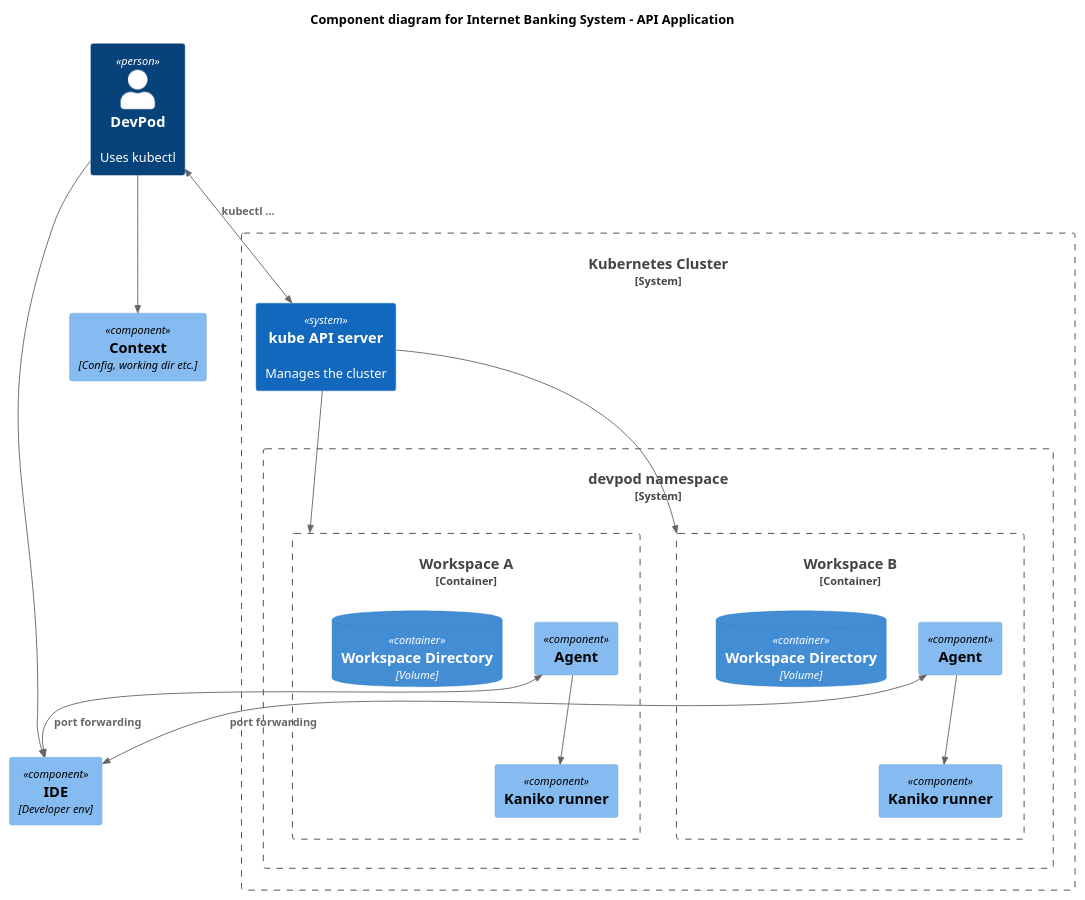
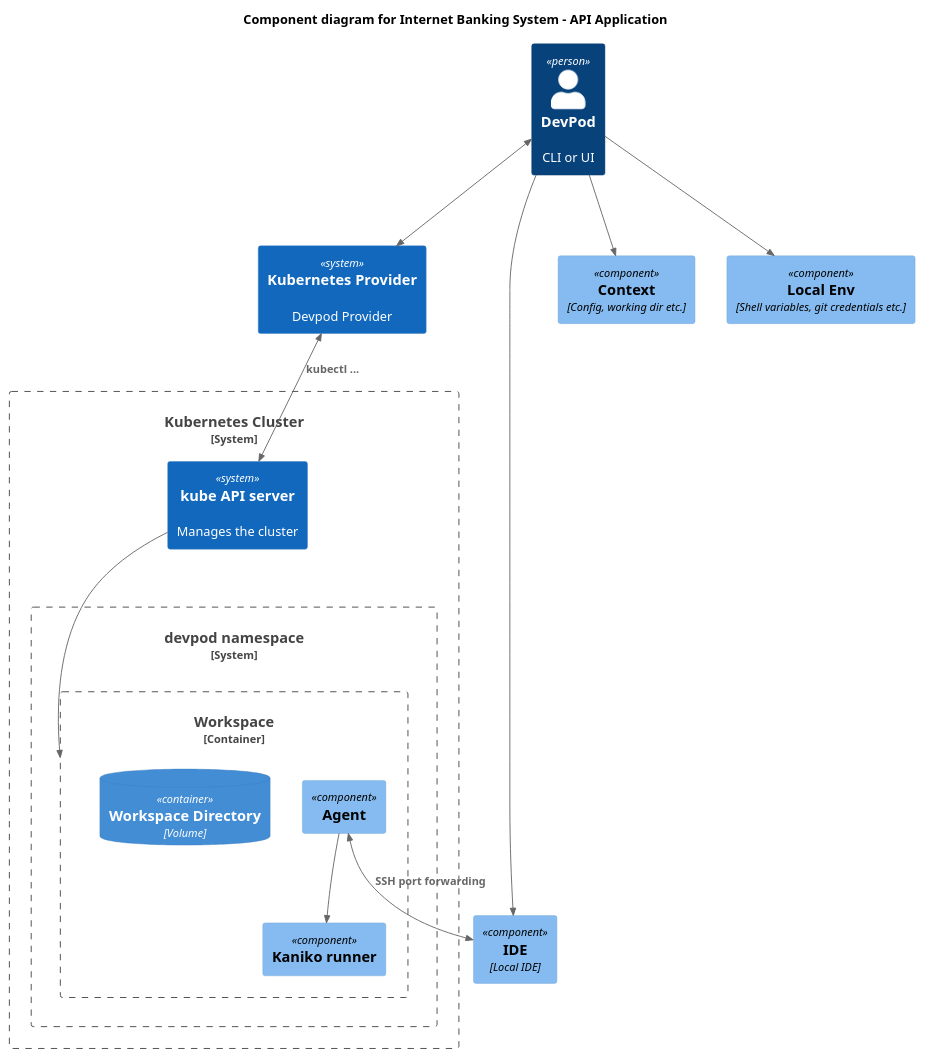
Before and after one commit to loft-sh/devpod: the diagram in docs/uml/c4_component.puml, drawn with PlantUML. The commit also changed 7 other files, not shown here.

```diff
--- a/docs/uml/c4_component.puml
+++ b/docs/uml/c4_component.puml
@@ -1,37 +1,33 @@
 @startuml
 !include https://raw.githubusercontent.com/plantuml-stdlib/C4-PlantUML/master/C4_Component.puml
 ' uncomment the following line and comment the first to use locally
 ' !include C4_Component.puml
 
 title Component diagram for Internet Banking System - API Application
 
-Person(user, "DevPod", "Uses kubectl")
-Component(ide, "IDE", "Developer env")
+Person(user, "DevPod", "CLI or UI")
+System(prov, "Kubernetes Provider", "Devpod Provider")
+Component(ide, "IDE", "Local IDE")
 Component(ctx, "Context", "Config, working dir etc.")
+Component(env, "Local Env", "Shell variables, git credentials etc.")
 
 System_Boundary(cluster, "Kubernetes Cluster") {
   System(controlPlane, "kube API server", "Manages the cluster")
   System_Boundary(ns, "devpod namespace") {
-    Container_Boundary(ws, "Workspace A") {
+    Container_Boundary(ws, "Workspace") {
       Component(runner, "Kaniko runner", "")
       Component(agent, "Agent", "")
       ContainerDb(dir, "Workspace Directory", "Volume", "")
     }
-    Container_Boundary(wsb, "Workspace B") {
-      Component(runnerb, "Kaniko runner", "")
-      Component(agentb, "Agent", "")
-      ContainerDb(dirb, "Workspace Directory", "Volume", "")
-    }
   }
 }
 
-BiRel(user, controlPlane, "kubectl ...")
+BiRel(user, prov, "")
+BiRel(prov, controlPlane, "kubectl ...")
 Rel(controlPlane, ws, " ")
 Rel(agent, runner, " ")
-Rel(controlPlane, wsb, " ")
-Rel(agentb, runnerb, " ")
-BiRel(agent, ide, "port forwarding")
-BiRel(agentb, ide, "port forwarding")
+BiRel(agent, ide, "SSH port forwarding")
 Rel(user, ide, " ")
 Rel(user, ctx, " ")
+Rel(user, env, " ")
 @enduml
```
